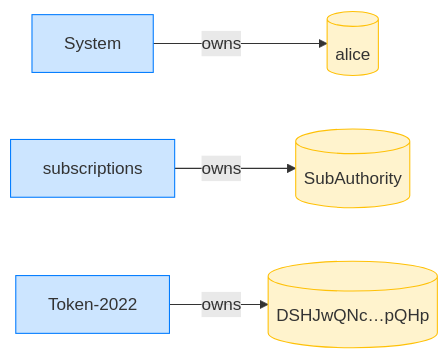
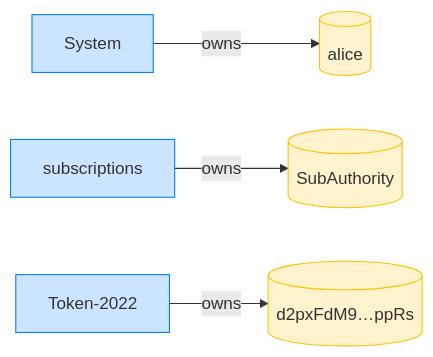
Before and after one commit to cds-rs/subscriptions: the fourth of 4 diagrams in dsl_tests/initialize-over-a-token-2022-mint---permanentdelegate--.md, drawn with Mermaid. The commit also changed other lines of this file and 224 other files, not shown here.

````diff
--- a/dsl_tests/initialize-over-a-token-2022-mint---permanentdelegate--.md
+++ b/dsl_tests/initialize-over-a-token-2022-mint---permanentdelegate--.md
@@ -73,14 +78,14 @@
 ```mermaid
 flowchart LR
     classDef owner fill:#cce5ff,stroke:#007bff;
     classDef account fill:#fff3cd,stroke:#ffc107;
     System[System]:::owner
     alice[(alice)]:::account
     subscriptions[subscriptions]:::owner
     SubAuthority[(SubAuthority)]:::account
     Token_2022["Token-2022"]:::owner
-    DSHJwQNc_pQHp[("DSHJwQNc…pQHp")]:::account
+    d2pxFdM9_ppRs[("d2pxFdM9…ppRs")]:::account
     System -->|owns| alice
     subscriptions -->|owns| SubAuthority
-    Token_2022 -->|owns| DSHJwQNc_pQHp
+    Token_2022 -->|owns| d2pxFdM9_ppRs
 ```
````
